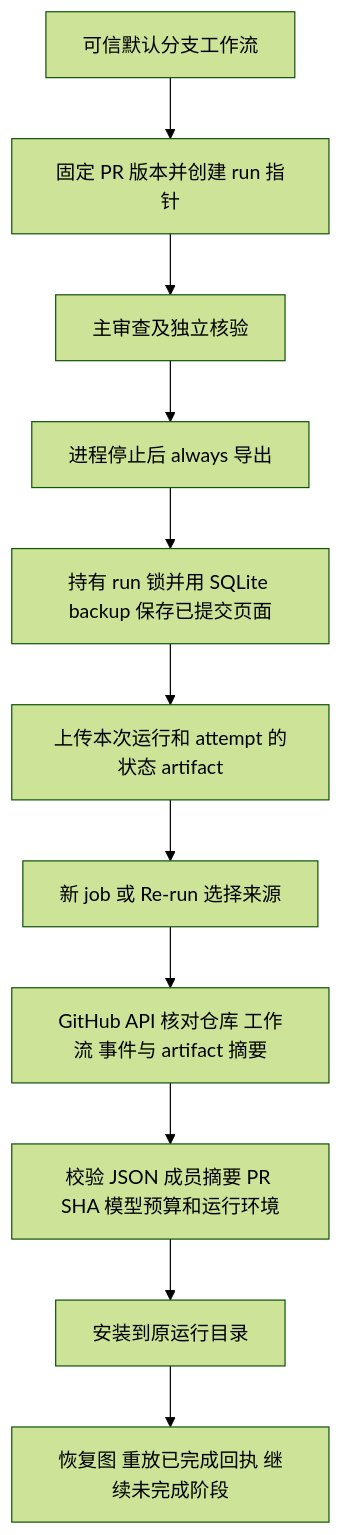
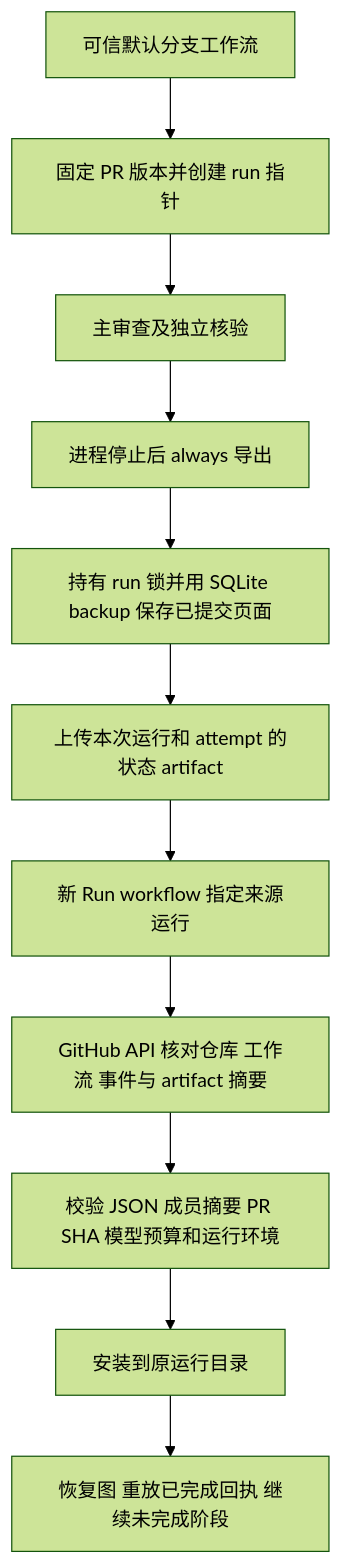
The diagram in docs/CLOUD_RECOVERY.md (Bin-poco/pr-review-harness), drawn with Mermaid (forest theme) before and after one commit. The commit also changed other lines of this file and 2 other files, not shown here.

Commit message:
fix: require a new workflow run for artifact recovery

````diff
--- a/docs/CLOUD_RECOVERY.md
+++ b/docs/CLOUD_RECOVERY.md
@@ -11,13 +11,13 @@
 ```mermaid
 flowchart TD
     A[可信默认分支工作流] --> B[固定 PR 版本并创建 run 指针]
     B --> C[主审查及独立核验]
     C --> D[进程停止后 always 导出]
     D --> E[持有 run 锁并用 SQLite backup 保存已提交页面]
     E --> F[上传本次运行和 attempt 的状态 artifact]
-    F --> G[新 job 或 Re-run 选择来源]
+    F --> G[新 Run workflow 指定来源运行]
     G --> H[GitHub API 核对仓库 工作流 事件与 artifact 摘要]
     H --> I[校验 JSON 成员摘要 PR SHA 模型预算和运行环境]
     I --> J[安装到原运行目录]
     J --> K[恢复图 重放已完成回执 继续未完成阶段]
 ```
````
